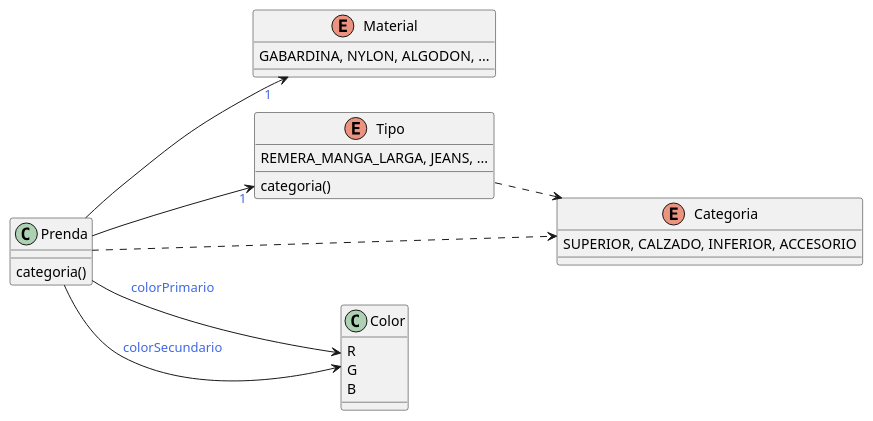
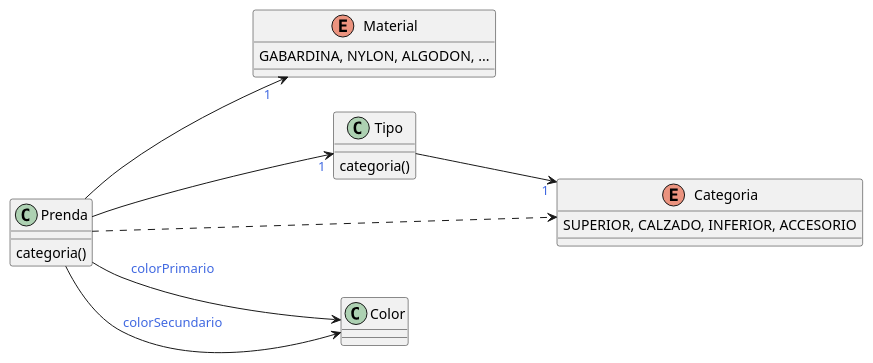
The diagram in assets/qmp.puml (ariel-/tp-dds-qmp), drawn with PlantUML before and after one commit.

Commit message:
Sync diagrama

```diff
--- a/assets/qmp.puml
+++ b/assets/qmp.puml
@@ -1,30 +1,25 @@
 @startuml
 left to right direction
 skinparam backgroundColor transparent
 skinparam arrowFontColor royalblue
 
 class Prenda {
     categoria()
 }
 enum Material {
     GABARDINA, NYLON, ALGODON, ...
 }
-enum Tipo {
-    REMERA_MANGA_LARGA, JEANS, ...
+class Tipo {
     categoria()
 }
 enum Categoria {
     SUPERIOR, CALZADO, INFERIOR, ACCESORIO
 }
-class Color {
-    R
-    G
-    B
-}
+class Color
 Prenda --> Color : colorPrimario
 Prenda --> Color : colorSecundario
 Prenda --> "1" Material
 Prenda ..> Categoria
 Prenda --> "1" Tipo
-Tipo ..> Categoria
+Tipo --> "1" Categoria
 @enduml
```
